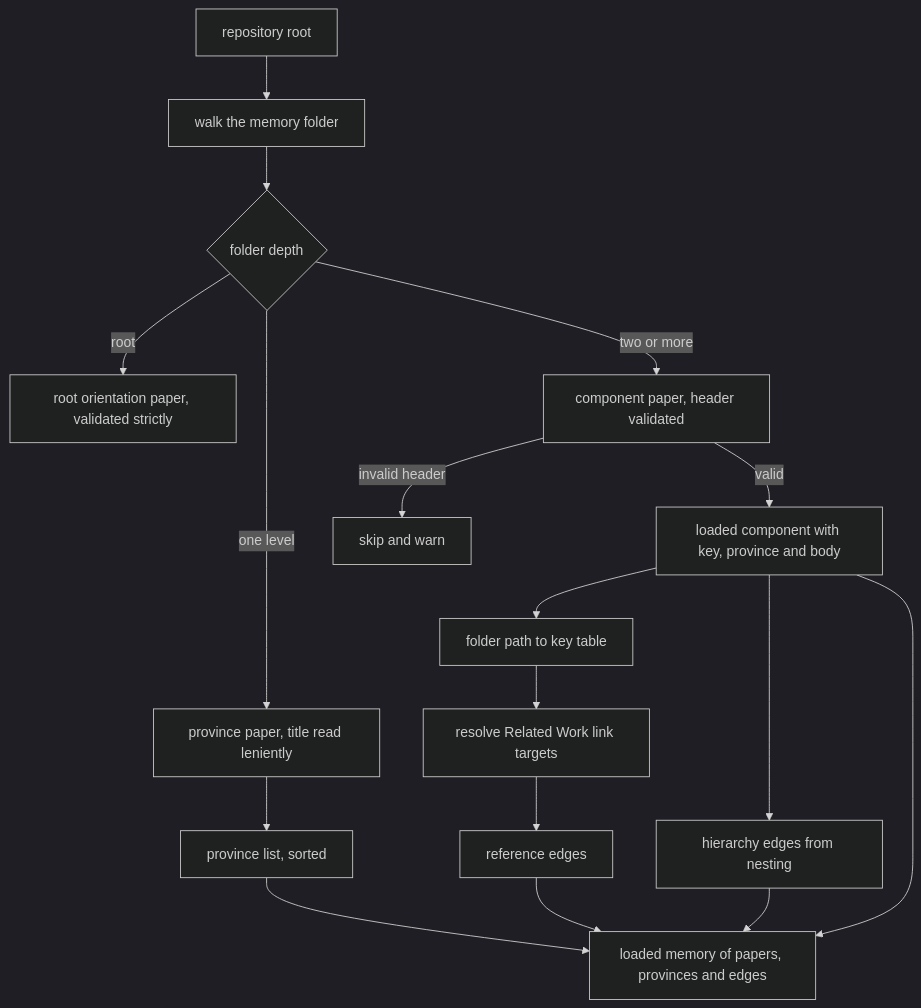
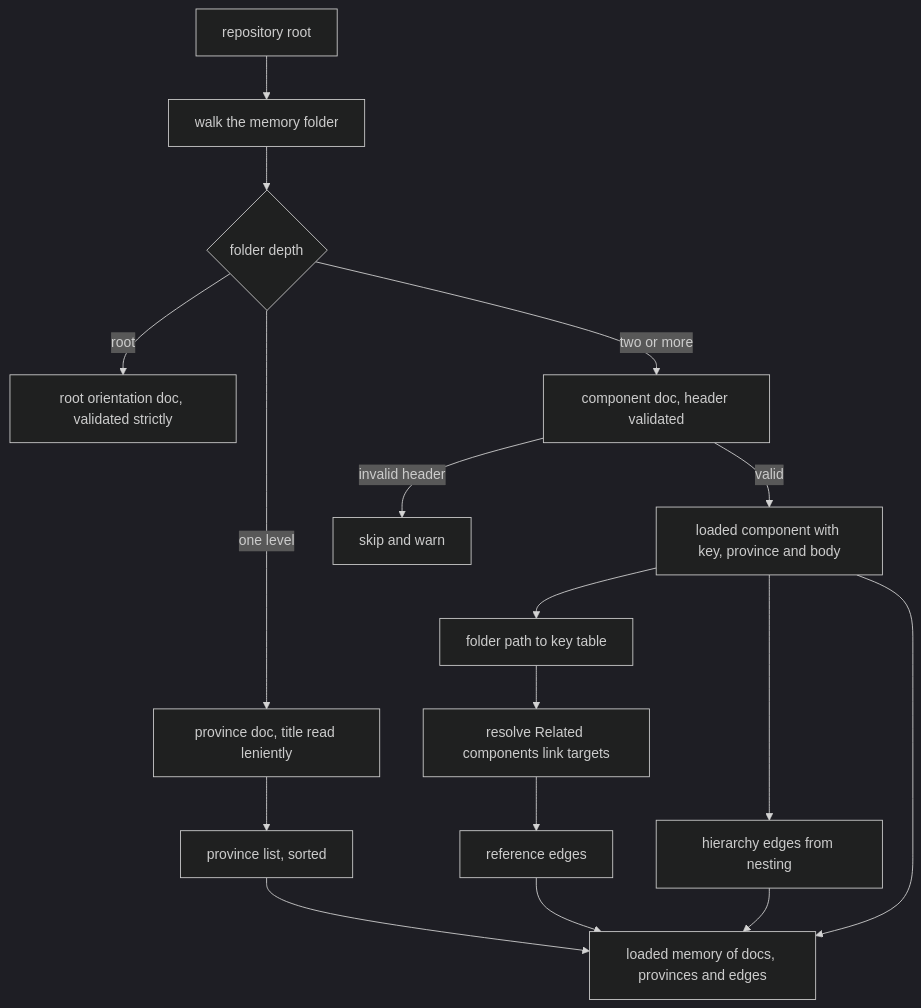
The diagram in .scale/memory/paper-loader/README.md (wooogler/scale), drawn with Mermaid (dark theme) before and after one commit. The commit also changed other lines of this file and 101 other files, not shown here.

````diff
--- a/.scale/memory/paper-loader/README.md
+++ b/.scale/memory/paper-loader/README.md
@@ -38,19 +38,19 @@
 ```mermaid
 flowchart TB
     A["repository root"] --> B["walk the memory folder"]
     B --> C{"folder depth"}
-    C -->|root| D["root orientation paper, validated strictly"]
-    C -->|one level| E["province paper, title read leniently"]
-    C -->|two or more| F["component paper, header validated"]
+    C -->|root| D["root orientation doc, validated strictly"]
+    C -->|one level| E["province doc, title read leniently"]
+    C -->|two or more| F["component doc, header validated"]
     F -->|invalid header| G["skip and warn"]
     F -->|valid| H["loaded component with key, province and body"]
     H --> I["folder path to key table"]
     E --> J["province list, sorted"]
     H --> K["hierarchy edges from nesting"]
-    I --> L["resolve Related Work link targets"]
+    I --> L["resolve Related components link targets"]
     L --> M["reference edges"]
-    H --> N["loaded memory of papers, provinces and edges"]
+    H --> N["loaded memory of docs, provinces and edges"]
     J --> N
     K --> N
     M --> N
 ```
````
